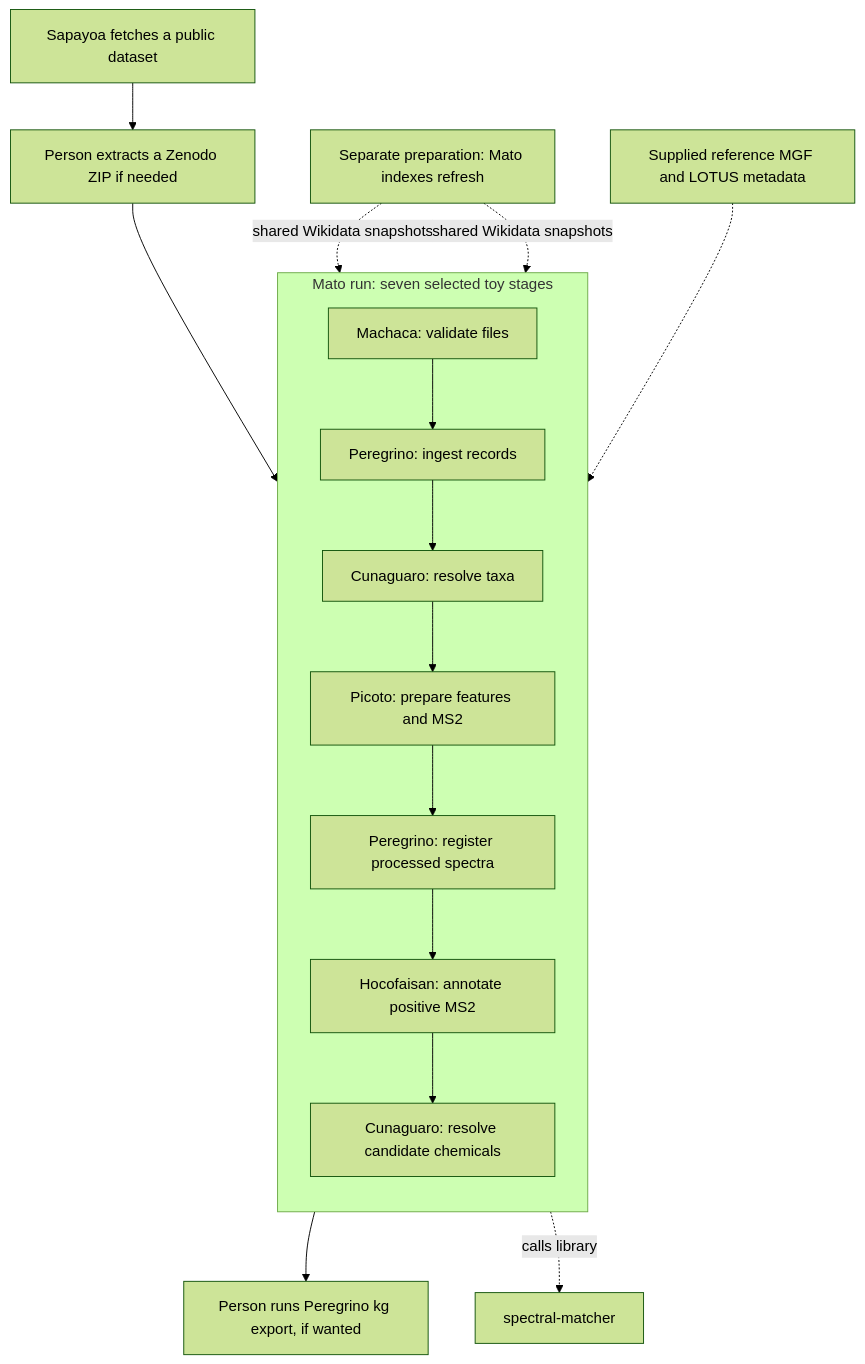
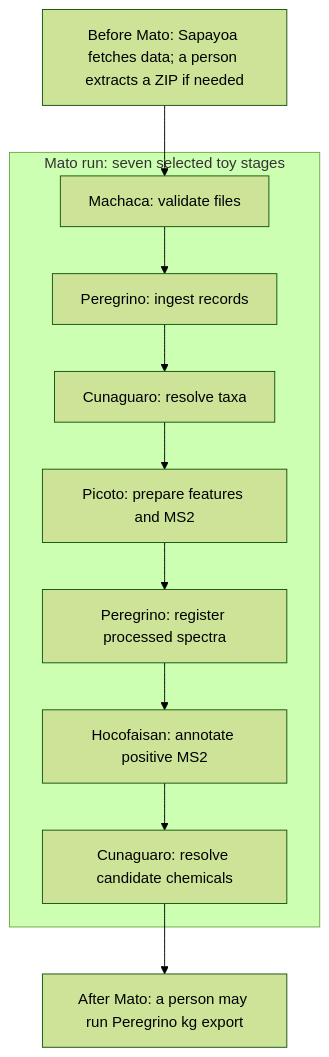
The diagram in README.md (oolonek/isla-gabriola-flock), drawn with Mermaid (forest theme) before and after one commit. The commit also changed other lines of this file, not shown here.

Commit message:
docs: embed results picture and clarify selected stages

````diff
--- a/README.md
+++ b/README.md
@@ -19,19 +19,14 @@
 ```mermaid
-flowchart TD
-  F["Sapayoa fetches a public dataset"] --> X["Person extracts a Zenodo ZIP if needed"]
+flowchart TB
+  B["Before Mato: Sapayoa fetches data; a person extracts a ZIP if needed"]
   subgraph RUN["Mato run: seven selected toy stages"]
-    direction TB
     V["Machaca: validate files"] --> I["Peregrino: ingest records"]
     I --> T["Cunaguaro: resolve taxa"]
     T --> P["Picoto: prepare features and MS2"]
     P --> R["Peregrino: register processed spectra"]
     R --> H["Hocofaisan: annotate positive MS2"]
     H --> C["Cunaguaro: resolve candidate chemicals"]
   end
-  X --> V
-  C --> G["Person runs Peregrino kg export, if wanted"]
-  W["Separate preparation: Mato indexes refresh"] -. "shared Wikidata snapshots" .-> T
-  W -. "shared Wikidata snapshots" .-> C
-  L["Supplied reference MGF and LOTUS metadata"] -.-> H
-  H -. "calls library" .-> S["spectral-matcher"]
+  B --> V
+  C --> G["After Mato: a person may run Peregrino kg export"]
 ```
````
